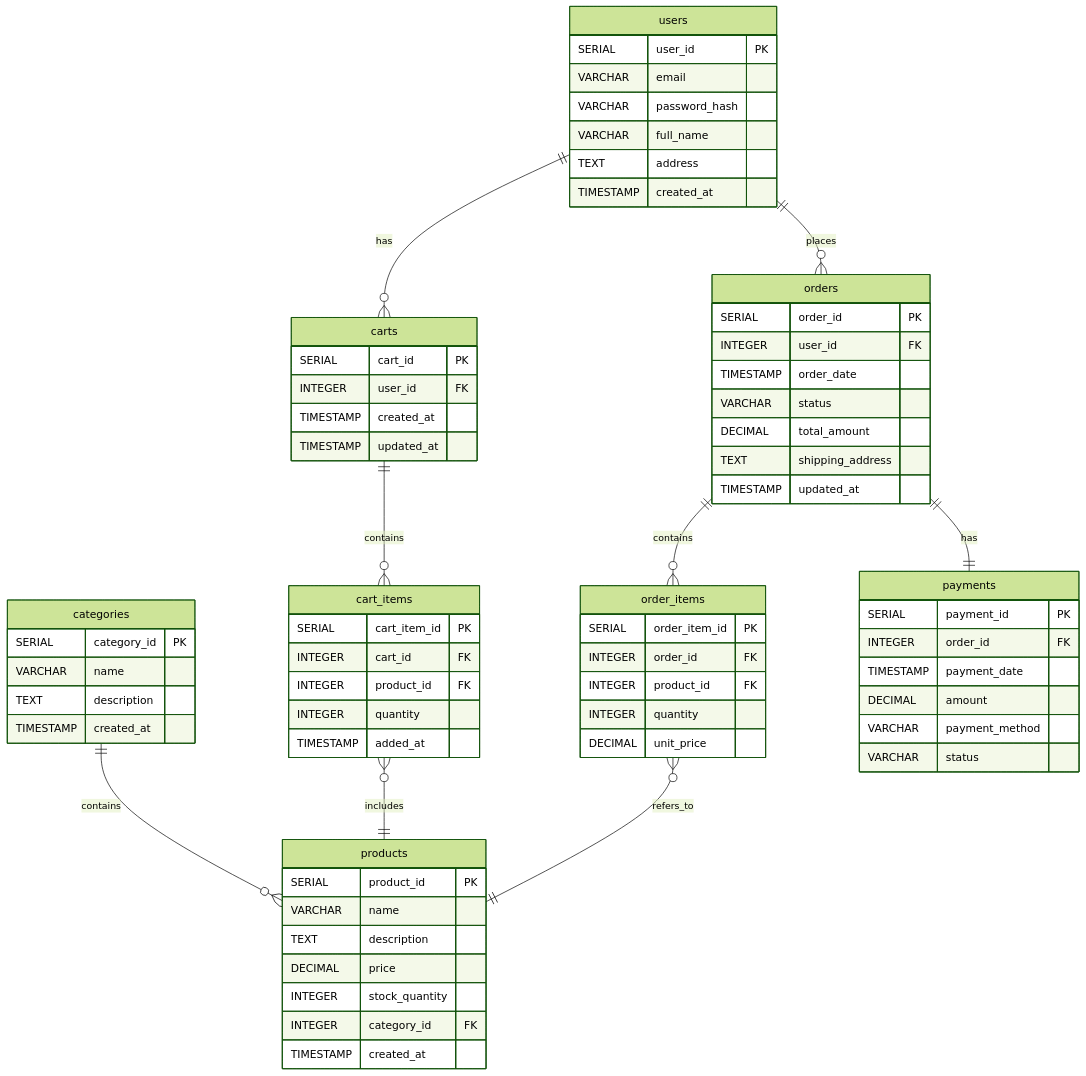
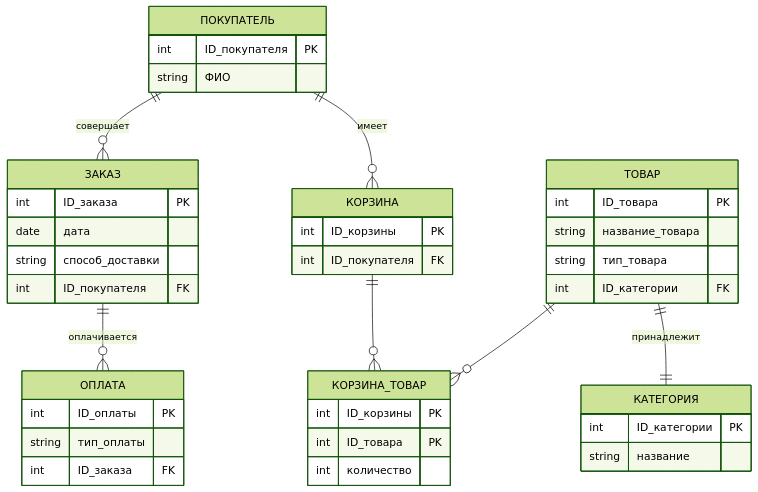
One commit to Vlad-b-g-Coder/BD1 changed the diagram in bd2.md. Above: the diagram before and after it, drawn with Mermaid (forest theme).

````diff
--- a/bd2.md
+++ b/bd2.md
@@ -1,79 +1,50 @@
 ```mermaid
 erDiagram
-    users {
-        SERIAL user_id PK
-        VARCHAR email
-        VARCHAR password_hash
-        VARCHAR full_name
-        TEXT address
-        TIMESTAMP created_at
+    ПОКУПАТЕЛЬ {
+        int ID_покупателя PK
+        string ФИО
     }
     
-    categories {
-        SERIAL category_id PK
-        VARCHAR name
-        TEXT description
-        TIMESTAMP created_at
+    КОРЗИНА {
+        int ID_корзины PK
+        int ID_покупателя FK
     }
     
-    products {
-        SERIAL product_id PK
-        VARCHAR name
-        TEXT description
-        DECIMAL price
-        INTEGER stock_quantity
-        INTEGER category_id FK
-        TIMESTAMP created_at
+    ЗАКАЗ {
+        int ID_заказа PK
+        date дата
+        string способ_доставки
+        int ID_покупателя FK
     }
     
-    carts {
-        SERIAL cart_id PK
-        INTEGER user_id FK
-        TIMESTAMP created_at
-        TIMESTAMP updated_at
+    ОПЛАТА {
+        int ID_оплаты PK
+        string тип_оплаты
+        int ID_заказа FK
     }
     
-    cart_items {
-        SERIAL cart_item_id PK
-        INTEGER cart_id FK
-        INTEGER product_id FK
-        INTEGER quantity
-        TIMESTAMP added_at
+    ТОВАР {
+        int ID_товара PK
+        string название_товара
+        string тип_товара
+        int ID_категории FK
     }
     
-    orders {
-        SERIAL order_id PK
-        INTEGER user_id FK
-        TIMESTAMP order_date
-        VARCHAR status
-        DECIMAL total_amount
-        TEXT shipping_address
-        TIMESTAMP updated_at
+    КАТЕГОРИЯ {
+        int ID_категории PK
+        string название
     }
     
-    order_items {
-        SERIAL order_item_id PK
-        INTEGER order_id FK
-        INTEGER product_id FK
-        INTEGER quantity
-        DECIMAL unit_price
+    КОРЗИНА_ТОВАР {
+        int ID_корзины PK
+        int ID_товара PK
+        int количество
     }
     
-    payments {
-        SERIAL payment_id PK
-        INTEGER order_id FK
-        TIMESTAMP payment_date
-        DECIMAL amount
-        VARCHAR payment_method
-        VARCHAR status
-    }
-
-    users ||--o{ carts : "has"
-    users ||--o{ orders : "places"
-    categories ||--o{ products : "contains"
-    carts ||--o{ cart_items : "contains"
-    cart_items }o--|| products : "includes"
-    orders ||--o{ order_items : "contains"
-    order_items }o--|| products : "refers_to"
-    orders ||--|| payments : "has"
+    ПОКУПАТЕЛЬ ||--o{ КОРЗИНА : "имеет"
+    ПОКУПАТЕЛЬ ||--o{ ЗАКАЗ : "совершает"
+    ЗАКАЗ ||--o{ ОПЛАТА : "оплачивается"
+    ТОВАР ||--|| КАТЕГОРИЯ : "принадлежит"
+    КОРЗИНА ||--o{ КОРЗИНА_ТОВАР : ""
+    ТОВАР ||--o{ КОРЗИНА_ТОВАР : ""
 ```
````
